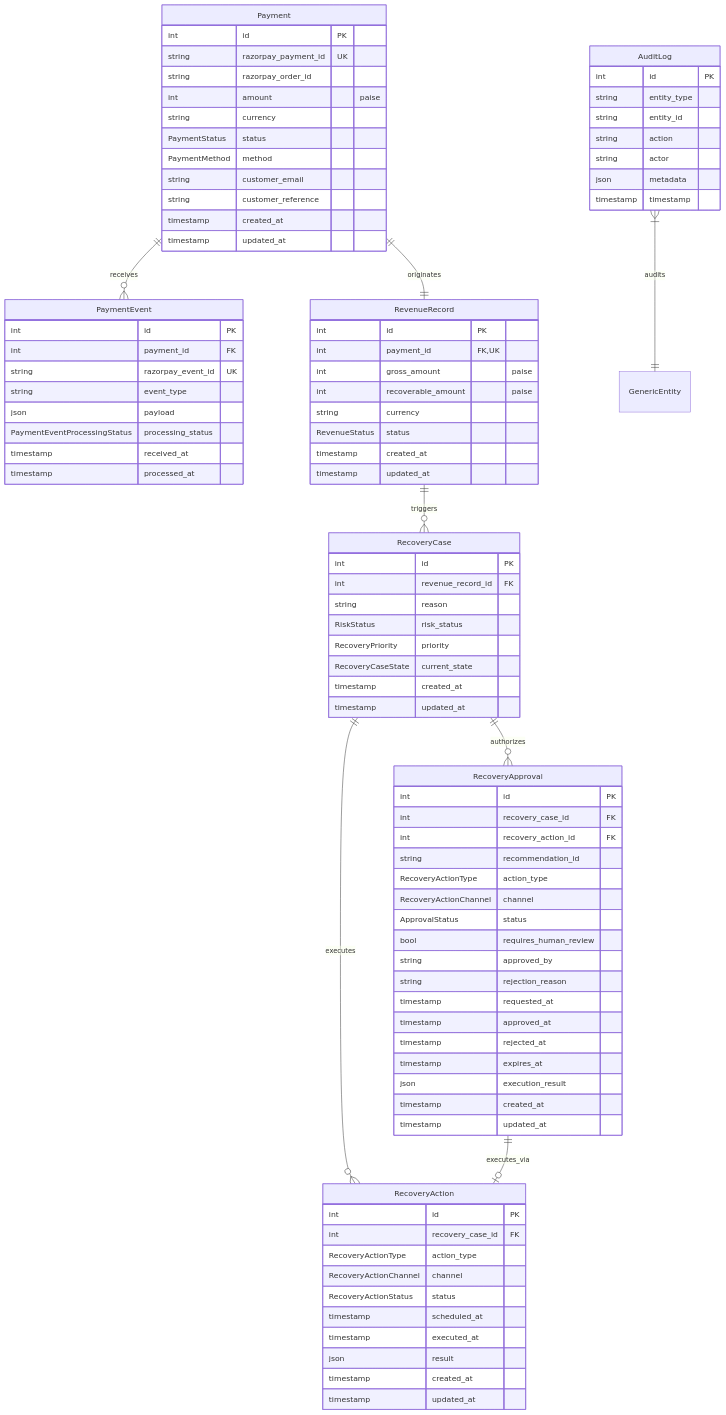
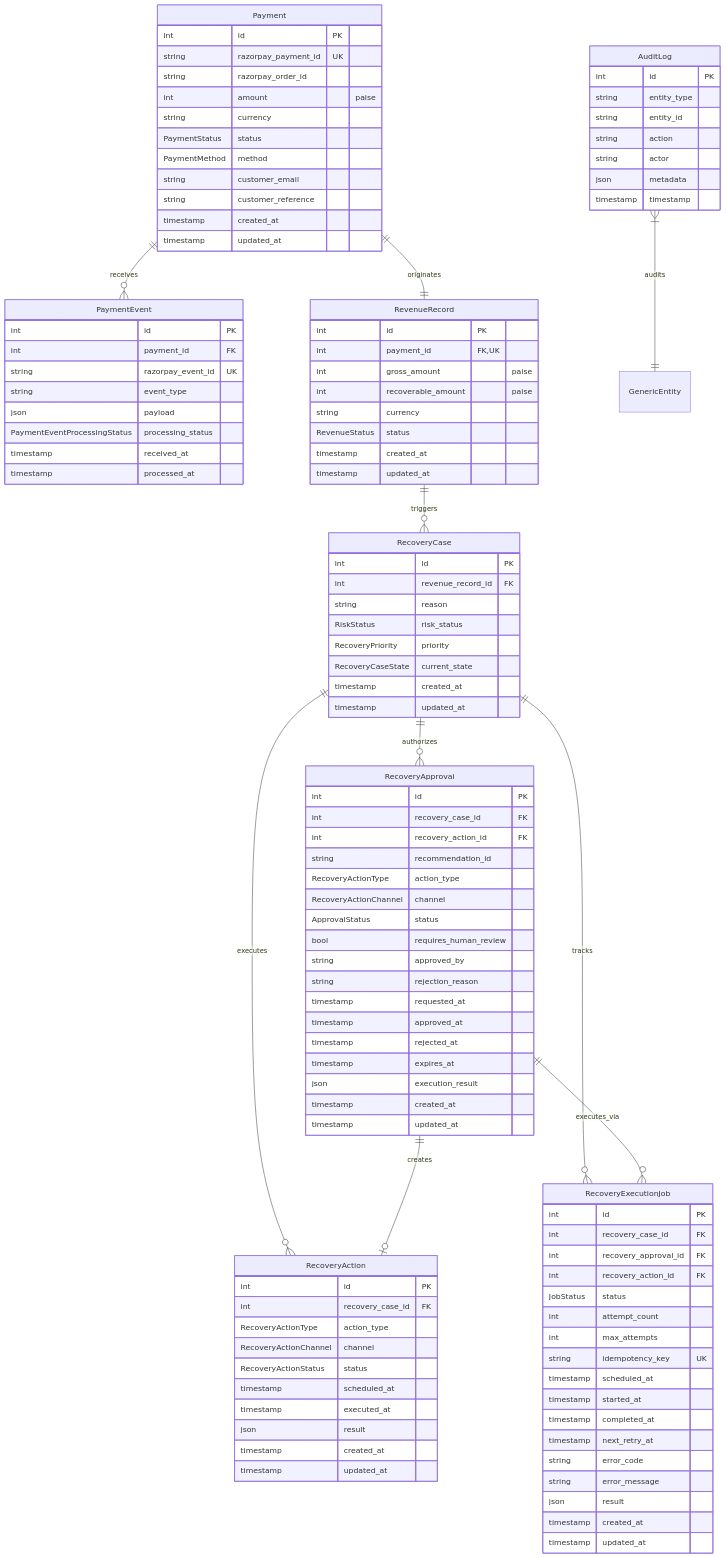
One commit to om-3531/recover-ai changed the third of 3 diagrams in docs/architecture.md. Above: the diagram before and after it, drawn with Mermaid. The commit also changed other lines of this file and 112 other files, not shown here.

```diff
--- a/docs/architecture.md
+++ b/docs/architecture.md
@@ -54,7 +73,9 @@
     RevenueRecord ||--o{ RecoveryCase : "triggers"
     RecoveryCase ||--o{ RecoveryAction : "executes"
     RecoveryCase ||--o{ RecoveryApproval : "authorizes"
-    RecoveryApproval ||--o| RecoveryAction : "executes_via"
+    RecoveryCase ||--o{ RecoveryExecutionJob : "tracks"
+    RecoveryApproval ||--o{ RecoveryExecutionJob : "executes_via"
+    RecoveryApproval ||--o| RecoveryAction : "creates"
     AuditLog }|--|| GenericEntity : "audits"
 
     Payment {
@@ -137,6 +158,26 @@
         timestamp updated_at
     }
 
+    RecoveryExecutionJob {
+        int id PK
+        int recovery_case_id FK
+        int recovery_approval_id FK
+        int recovery_action_id FK
+        JobStatus status
+        int attempt_count
+        int max_attempts
+        string idempotency_key UK
+        timestamp scheduled_at
+        timestamp started_at
+        timestamp completed_at
+        timestamp next_retry_at
+        string error_code
+        string error_message
+        json result
+        timestamp created_at
+        timestamp updated_at
+    }
+
     AuditLog {
         int id PK
         string entity_type
```
